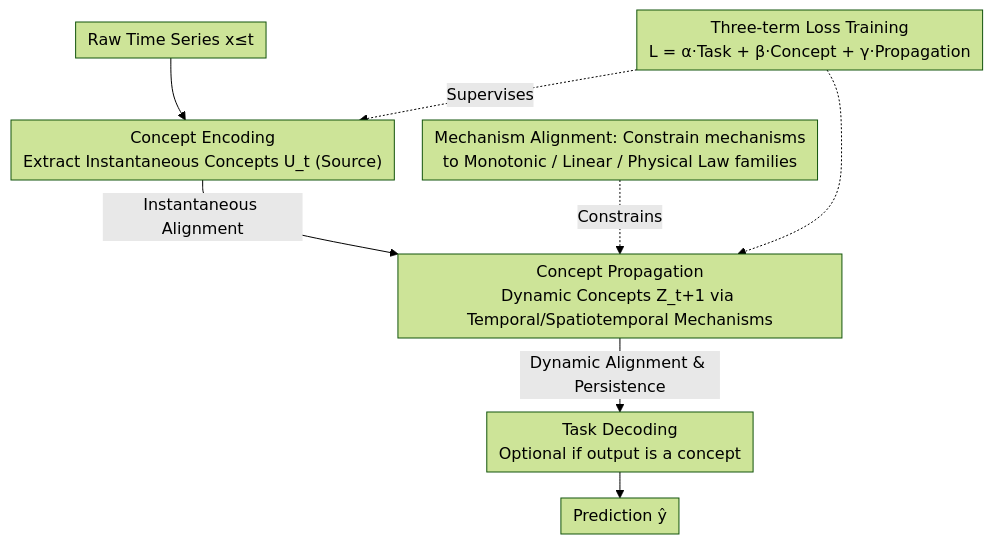
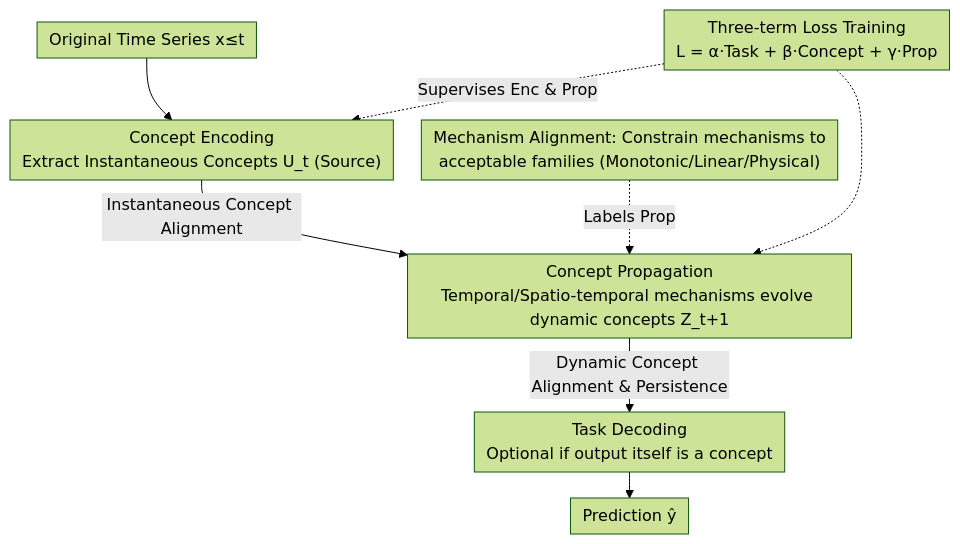
One commit to zhaoyang97/Paper-Notes-en changed the diagram in docs/ICML2026/time_series/interpretability_in_deep_time_series_models_demands_semantic_alignment.md. Above: the diagram before and after it, drawn with Mermaid (forest theme). The commit also changed other lines of this file and 5084 other files, not shown here.

````diff
--- a/docs/ICML2026/time_series/interpretability_in_deep_time_series_models_demands_semantic_alignment.md
+++ b/docs/ICML2026/time_series/interpretability_in_deep_time_series_models_demands_semantic_alignment.md
@@ -45,11 +45,11 @@
 ```mermaid
 %%{init: {'flowchart': {'rankSpacing': 26, 'nodeSpacing': 28, 'padding': 6, 'wrappingWidth': 420}}}%%
 flowchart TD
-    X["Raw Time Series x≤t"] --> ENC["Concept Encoding<br/>Extract Instantaneous Concepts U_t (Source)"]
-    ENC -->|Instantaneous Alignment| PROP["Concept Propagation<br/>Dynamic Concepts Z_t+1 via Temporal/Spatiotemporal Mechanisms"]
-    PROP -->|Dynamic Alignment & Persistence| DEC["Task Decoding<br/>Optional if output is a concept"]
+    X["Original Time Series x≤t"] --> ENC["Concept Encoding<br/>Extract Instantaneous Concepts U_t (Source)"]
+    ENC -->|Instantaneous Concept Alignment| PROP["Concept Propagation<br/>Temporal/Spatio-temporal mechanisms evolve dynamic concepts Z_t+1"]
+    PROP -->|Dynamic Concept Alignment & Persistence| DEC["Task Decoding<br/>Optional if output itself is a concept"]
     DEC --> Y["Prediction ŷ"]
-    MECH["Mechanism Alignment: Constrain mechanisms<br/>to Monotonic / Linear / Physical Law families"] -.Constrains.-> PROP
-    LOSS["Three-term Loss Training<br/>L = α·Task + β·Concept + γ·Propagation"] -.Supervises.-> ENC
+    MECH["Mechanism Alignment: Constrain mechanisms to<br/>acceptable families (Monotonic/Linear/Physical)"] -.Labels Prop.-> PROP
+    LOSS["Three-term Loss Training<br/>L = α·Task + β·Concept + γ·Prop"] -.Supervises Enc & Prop.-> ENC
     LOSS -.-> PROP
 ```
````
